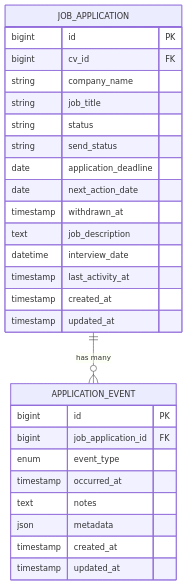
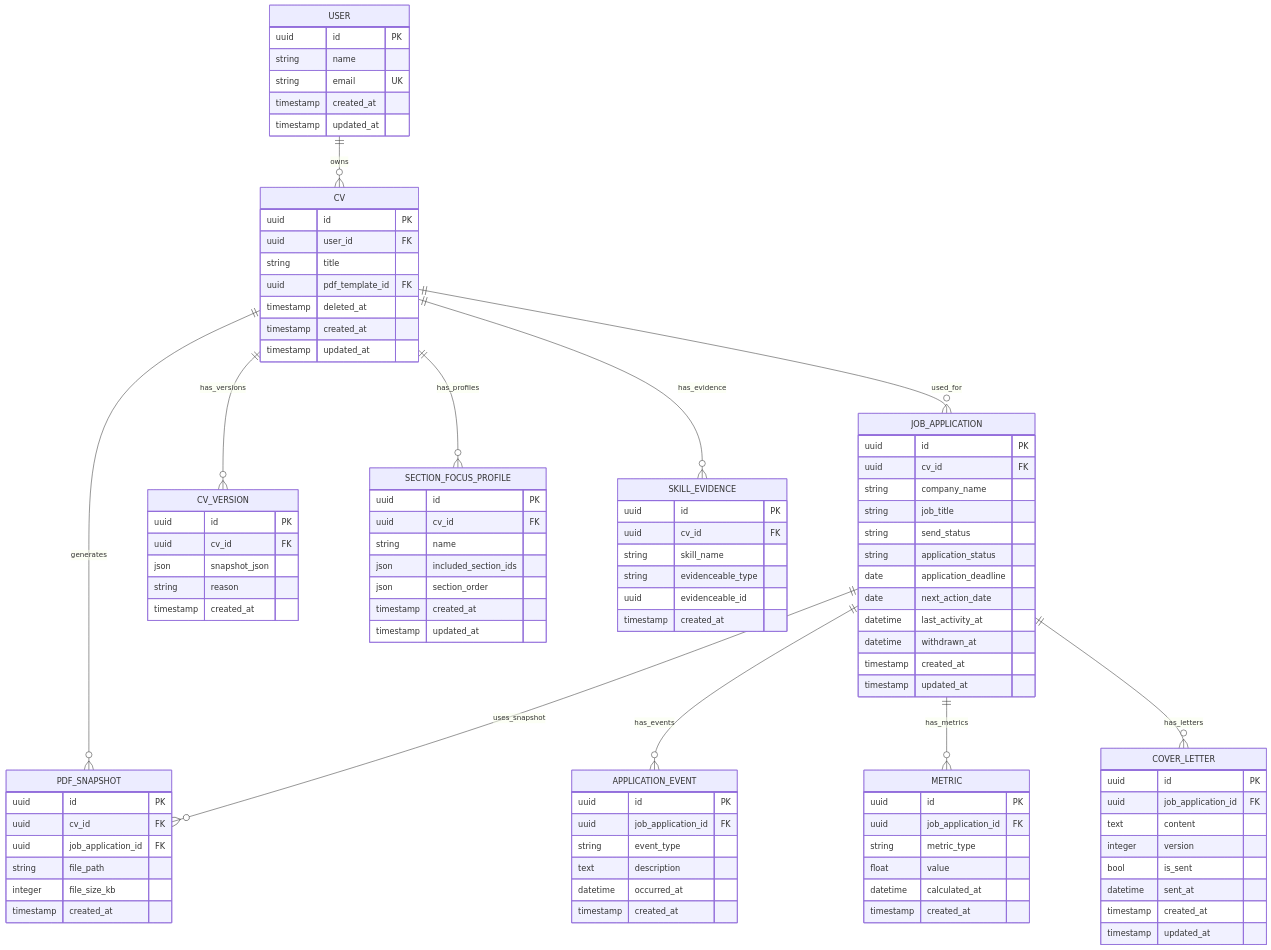
Before and after one commit to withoutfanfare/cv-builder: the first of 2 diagrams in .qoder/repowiki/en/content/Data Model/Data Model.md, drawn with Mermaid. The commit also changed other lines of this file and 128 other files, not shown here.

````diff
--- a/.qoder/repowiki/en/content/Data Model/Data Model.md
+++ b/.qoder/repowiki/en/content/Data Model/Data Model.md
@@ -294,30 +324,101 @@
 ```mermaid
 erDiagram
-JOB_APPLICATION {
-bigint id PK
-bigint cv_id FK
-string company_name
-string job_title
-string status
-string send_status
-date application_deadline
-date next_action_date
-timestamp withdrawn_at
-text job_description
-datetime interview_date
-timestamp last_activity_at
+USER {
+uuid id PK
+string name
+string email UK
 timestamp created_at
 timestamp updated_at
 }
-APPLICATION_EVENT {
-bigint id PK
-bigint job_application_id FK
-enum event_type
-timestamp occurred_at
-text notes
-json metadata
+CV {
+uuid id PK
+uuid user_id FK
+string title
+uuid pdf_template_id FK
+timestamp deleted_at
 timestamp created_at
 timestamp updated_at
 }
-JOB_APPLICATION ||--o{ APPLICATION_EVENT : "has many"
+JOB_APPLICATION {
+uuid id PK
+uuid cv_id FK
+string company_name
+string job_title
+string send_status
+string application_status
+date application_deadline
+date next_action_date
+datetime last_activity_at
+datetime withdrawn_at
+timestamp created_at
+timestamp updated_at
+}
+PDF_SNAPSHOT {
+uuid id PK
+uuid cv_id FK
+uuid job_application_id FK
+string file_path
+integer file_size_kb
+timestamp created_at
+}
+CV_VERSION {
+uuid id PK
+uuid cv_id FK
+json snapshot_json
+string reason
+timestamp created_at
+}
+APPLICATION_EVENT {
+uuid id PK
+uuid job_application_id FK
+string event_type
+text description
+datetime occurred_at
+timestamp created_at
+}
+METRIC {
+uuid id PK
+uuid job_application_id FK
+string metric_type
+float value
+datetime calculated_at
+timestamp created_at
+}
+SECTION_FOCUS_PROFILE {
+uuid id PK
+uuid cv_id FK
+string name
+json included_section_ids
+json section_order
+timestamp created_at
+timestamp updated_at
+}
+COVER_LETTER {
+uuid id PK
+uuid job_application_id FK
+text content
+integer version
+bool is_sent
+datetime sent_at
+timestamp created_at
+timestamp updated_at
+}
+SKILL_EVIDENCE {
+uuid id PK
+uuid cv_id FK
+string skill_name
+string evidenceable_type
+uuid evidenceable_id
+timestamp created_at
+}
+USER ||--o{ CV : "owns"
+CV ||--o{ JOB_APPLICATION : "used_for"
+CV ||--o{ CV_VERSION : "has_versions"
+CV ||--o{ PDF_SNAPSHOT : "generates"
+CV ||--o{ SECTION_FOCUS_PROFILE : "has_profiles"
+CV ||--o{ SKILL_EVIDENCE : "has_evidence"
+JOB_APPLICATION ||--o{ PDF_SNAPSHOT : "uses_snapshot"
+JOB_APPLICATION ||--o{ APPLICATION_EVENT : "has_events"
+JOB_APPLICATION ||--o{ METRIC : "has_metrics"
+JOB_APPLICATION ||--o{ COVER_LETTER : "has_letters"
 ```
````
